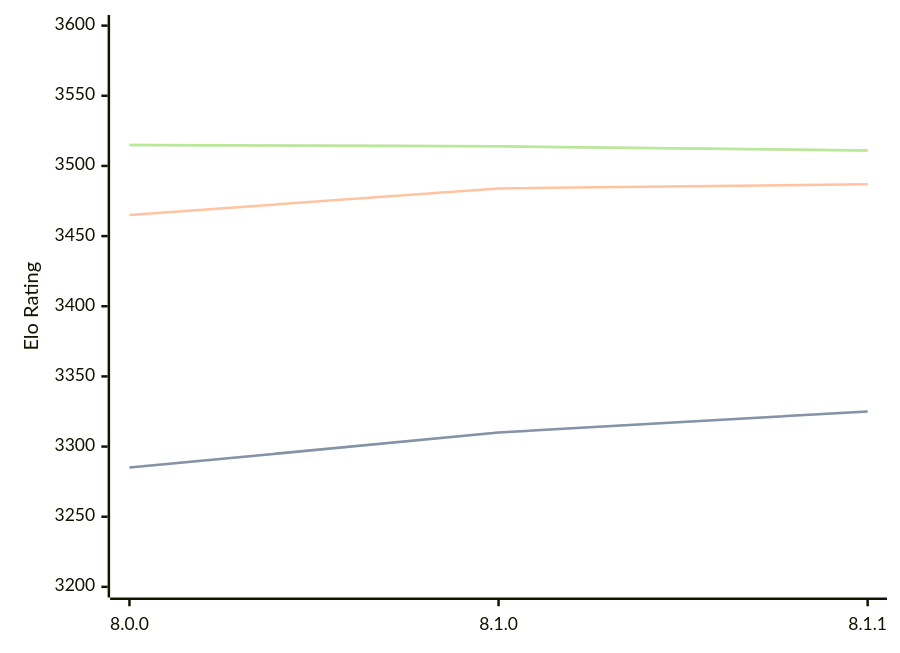
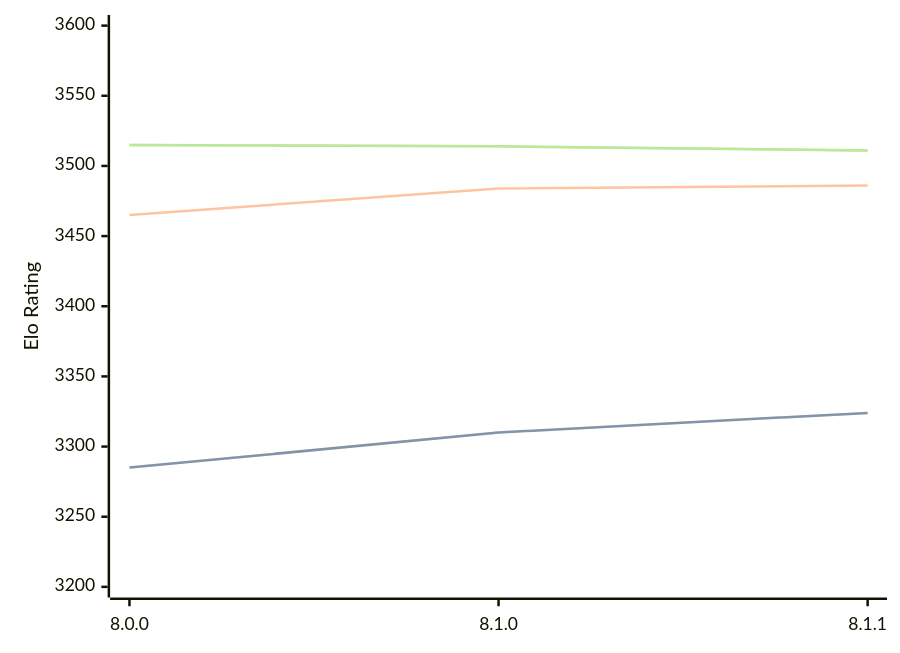
One commit to computer-chess-index/cci changed the diagram in engines/Velvet.md. Above: the diagram before and after it, drawn with Mermaid. The commit also changed other lines of this file, not shown here.

Commit message:
Update CCI Ratings (ELO VLTC) - 2026-02-27

````diff
--- a/engines/Velvet.md
+++ b/engines/Velvet.md
@@ -55,11 +55,11 @@
 ```mermaid
 %%{init: {"theme":"base","themeVariables":{"seriesColors:['#a3a3a3','#222221','#faa371']}}}%%
 xychart-beta
   x-axis ["8.0.0", "8.1.0", "8.1.1"]
   y-axis "Elo Rating" 3200 --> 3600
-  line "STC (8.0+0.08s)" [3285, 3310, 3325]
-  line "STC (8.0+0.08s)" [3285, 3310, 3325]
-  line "LTC (60.0+0.60s)" [3465, 3484, 3487]
+  line "STC (8.0+0.08s)" [3285, 3310, 3324]
+  line "STC (8.0+0.08s)" [3285, 3310, 3324]
+  line "LTC (60.0+0.60s)" [3465, 3484, 3486]
   line "VLTC (2m24s+1.12s)" [3515, 3514, 3511]
   line "VLTC (2m24s+1.12s)" [3515, 3514, 3511]
 ```
````
